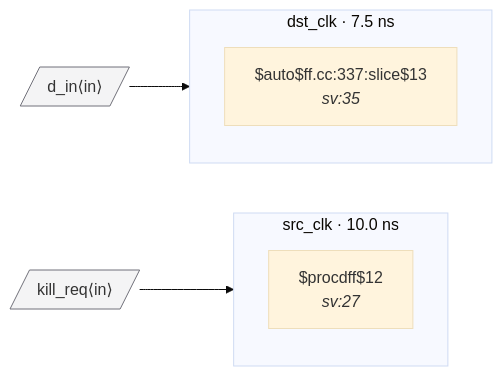
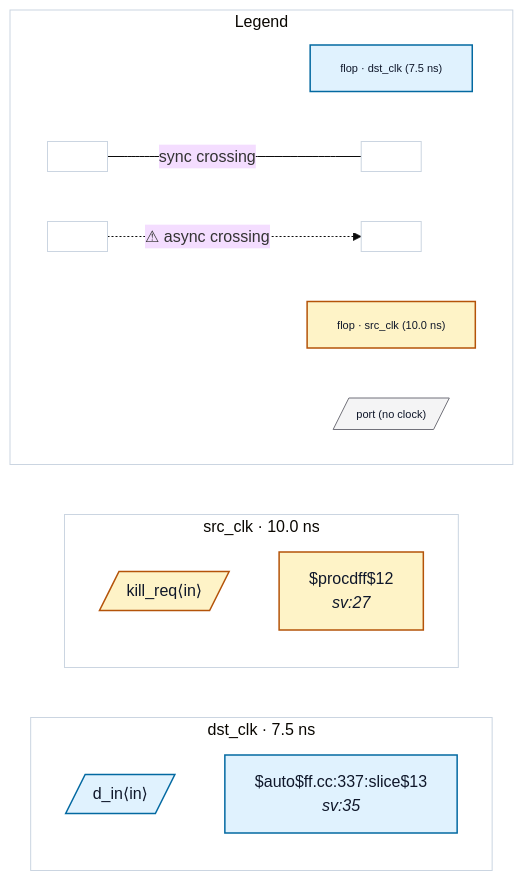
The diagram in tests/fixtures/bad_rdc_003_sync_reset_crossing/README.md (rtl-buddy/rtl-buddy-cdc), drawn with Mermaid (base theme) before and after one commit. The commit also changed 71 other files, not shown here.

First line of the commit message:
Refresh fixture READMEs + render iterations (colors, legend, nested ports, clock-net edges)

````diff
--- a/tests/fixtures/bad_rdc_003_sync_reset_crossing/README.md
+++ b/tests/fixtures/bad_rdc_003_sync_reset_crossing/README.md
@@ -30,17 +30,40 @@
 ```mermaid
 %% bad_rdc_003_sync_reset_crossing — generated by rtl-buddy-cdc render
 flowchart LR
   subgraph clk_dst_clk["dst_clk · 7.5 ns"]
     direction TB
-    f_f473f8c3["$auto$ff.cc:337:slice$13<br/><i>sv:35</i>"]
+    p_in_d_in[/"d_in⟨in⟩"/]:::ckcls_dst_clk
+    f_f473f8c3["$auto$ff.cc:337:slice$13<br/><i>sv:35</i>"]:::ckcls_dst_clk
   end
   subgraph clk_src_clk["src_clk · 10.0 ns"]
     direction TB
-    f_6c7c42e2["$procdff$12<br/><i>sv:27</i>"]
+    p_in_kill_req[/"kill_req⟨in⟩"/]:::ckcls_src_clk
+    f_6c7c42e2["$procdff$12<br/><i>sv:27</i>"]:::ckcls_src_clk
   end
-  p_in_d_in[/"d_in⟨in⟩"/]:::port
-  p_in_kill_req[/"kill_req⟨in⟩"/]:::port
-  p_in_d_in --> f_f473f8c3
-  p_in_kill_req --> f_6c7c42e2
-  classDef port fill:#f4f4f5,stroke:#71717a
+  subgraph rb_legend["Legend"]
+    direction LR
+    lg_clk_dst_clk["flop · dst_clk (7.5 ns)"]:::ckcls_dst_clk
+    lg_clk_src_clk["flop · src_clk (10.0 ns)"]:::ckcls_src_clk
+    lg_port[/"port (no clock)"/]:::port_unassigned
+    lg_sync_a[" "]:::ckcls_legend_neutral
+    lg_sync_b[" "]:::ckcls_legend_neutral
+    lg_async_a[" "]:::ckcls_legend_neutral
+    lg_async_b[" "]:::ckcls_legend_neutral
+    lg_sync_a --- |"sync crossing"| lg_sync_b
+    lg_async_a -. "⚠ async crossing" .-> lg_async_b
+  end
+  style clk_dst_clk fill:none,stroke:#cbd5e1
+  style clk_src_clk fill:none,stroke:#cbd5e1
+  style rb_legend fill:none,stroke:#cbd5e1
+  style lg_clk_dst_clk font-size:11px
+  style lg_clk_src_clk font-size:11px
+  style lg_port font-size:11px
+  style lg_sync_a font-size:11px
+  style lg_sync_b font-size:11px
+  style lg_async_a font-size:11px
+  style lg_async_b font-size:11px
+  classDef ckcls_dst_clk fill:#e0f2fe,stroke:#0369a1,stroke-width:1.5px,color:#0f172a
+  classDef ckcls_src_clk fill:#fef3c7,stroke:#b45309,stroke-width:1.5px,color:#0f172a
+  classDef port_unassigned fill:#f4f4f5,stroke:#71717a,color:#0f172a
+  classDef ckcls_legend_neutral fill:#ffffff,stroke:#cbd5e1,stroke-width:1px,color:#0f172a
 ```
````
